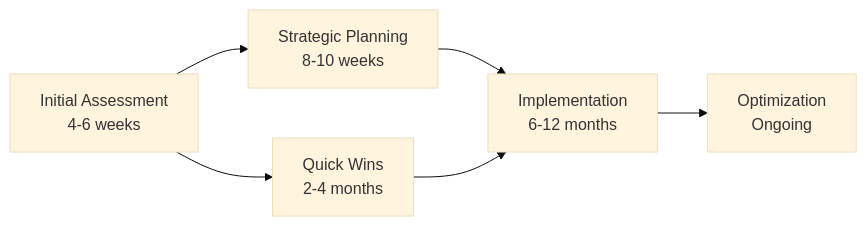
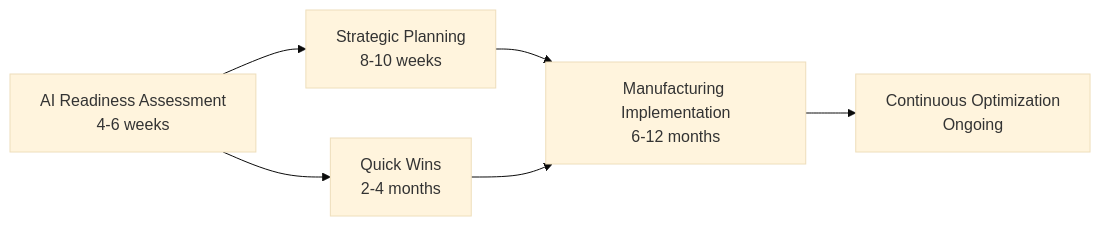
The diagram in README.md (hum-ae-n/kaipability-manufacturing-ai-readiness-2025-2030), drawn with Mermaid (base theme) before and after one commit. The commit also changed other lines of this file, not shown here.

First line of the commit message:
Optimize README for SEO with manufacturing AI keywords

````diff
--- a/README.md
+++ b/README.md
@@ -201,9 +207,9 @@
 ```mermaid
 graph LR
-    A[Initial Assessment<br/>4-6 weeks] --> B[Strategic Planning<br/>8-10 weeks]
-    B --> C[Implementation<br/>6-12 months]
-    C --> D[Optimization<br/>Ongoing]
+    A[AI Readiness Assessment<br/>4-6 weeks] --> B[Strategic Planning<br/>8-10 weeks]
+    B --> C[Manufacturing Implementation<br/>6-12 months]
+    C --> D[Continuous Optimization<br/>Ongoing]
     
     A --> E[Quick Wins<br/>2-4 months]
     E --> C
 ```
````
